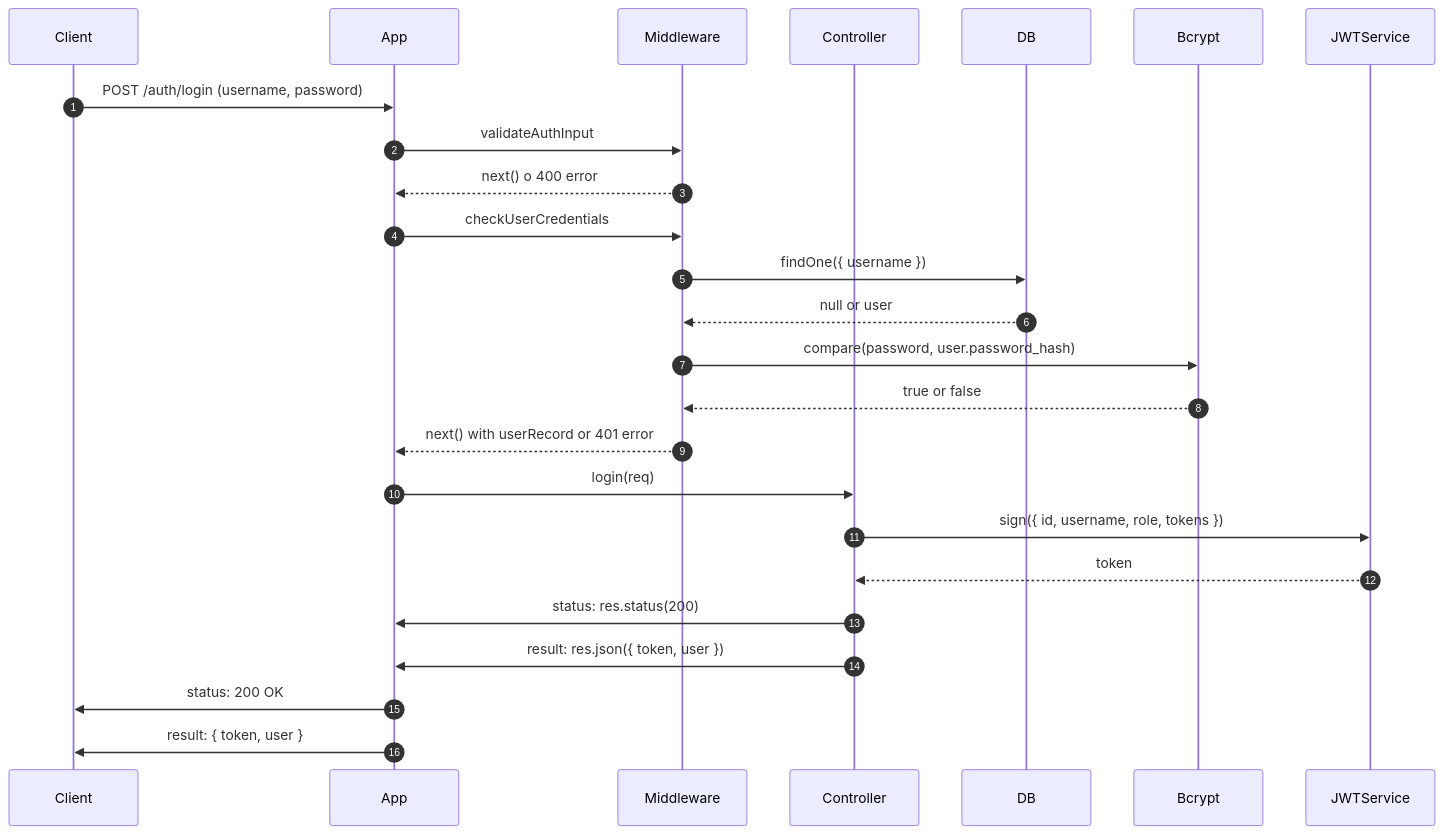
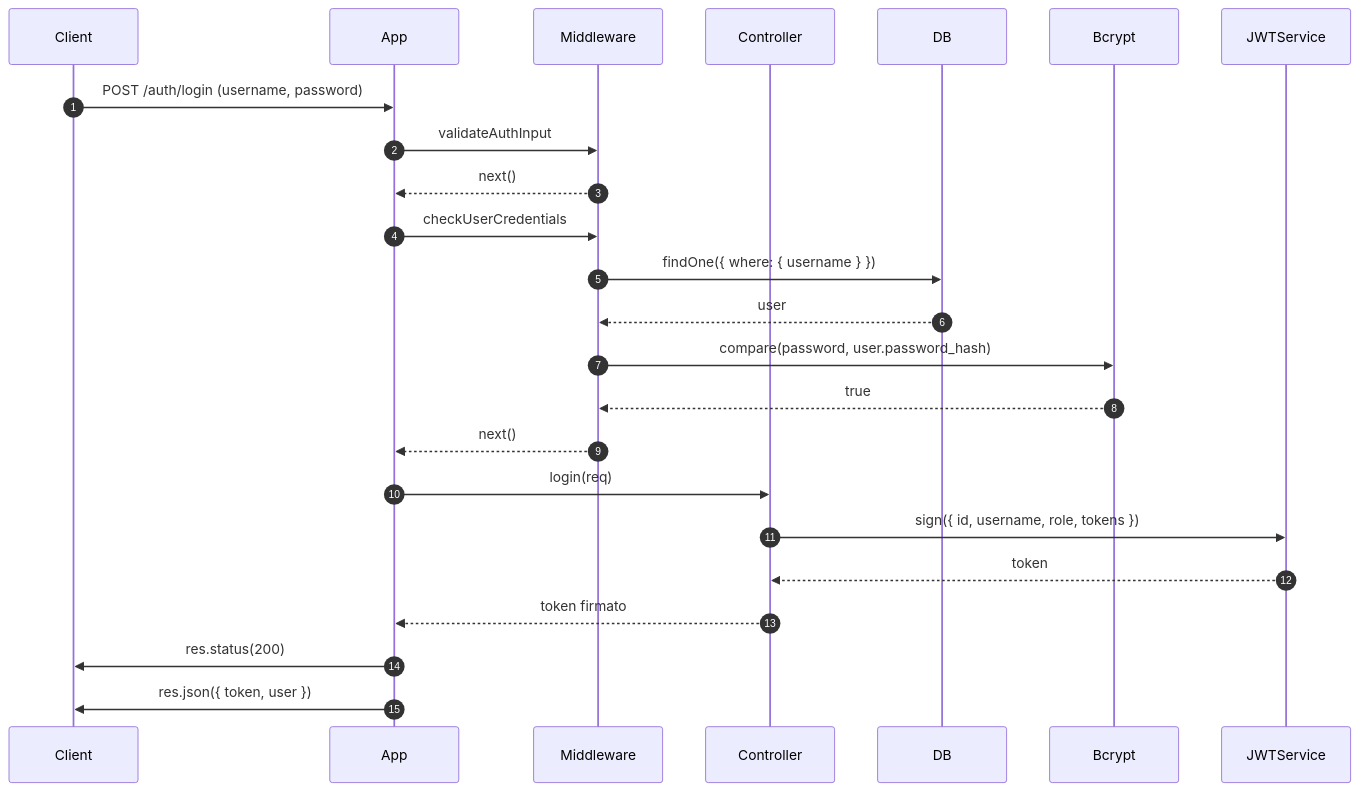
One commit to Daniel-Diocis/VoidTracksWeb changed the second of 9 diagrams in README.md. Above: the diagram before and after it, drawn with Mermaid. The commit also changed other lines of this file, not shown here.

````diff
--- a/README.md
+++ b/README.md
@@ -168,28 +173,31 @@
 ```mermaid
 sequenceDiagram
   autonumber
   participant Client
   participant App
   participant Middleware
   participant Controller
   participant DB
   participant Bcrypt
   participant JWTService
 
   Client->>App: POST /auth/login (username, password)
+
   App->>Middleware: validateAuthInput
-  Middleware-->>App: next() o 400 error
+  Middleware-->>App: next()
+
   App->>Middleware: checkUserCredentials
-  Middleware->>DB: findOne({ username })
-  DB-->>Middleware: null or user
+  Middleware->>DB: findOne({ where: { username } })
+  DB-->>Middleware: user
   Middleware->>Bcrypt: compare(password, user.password_hash)
-  Bcrypt-->>Middleware: true or false
-  Middleware-->>App: next() with userRecord or 401 error
+  Bcrypt-->>Middleware: true
+  Middleware-->>App: next()
+
   App->>Controller: login(req)
   Controller->>JWTService: sign({ id, username, role, tokens })
   JWTService-->>Controller: token
-  Controller->>App: status: res.status(200)
-  Controller->>App: result: res.json({ token, user })
-  App->>Client: status: 200 OK
-  App->>Client: result: { token, user }
+  Controller-->>App: token firmato
+
+  App->>Client: res.status(200)
+  App->>Client: res.json({ token, user })
 ```
````
